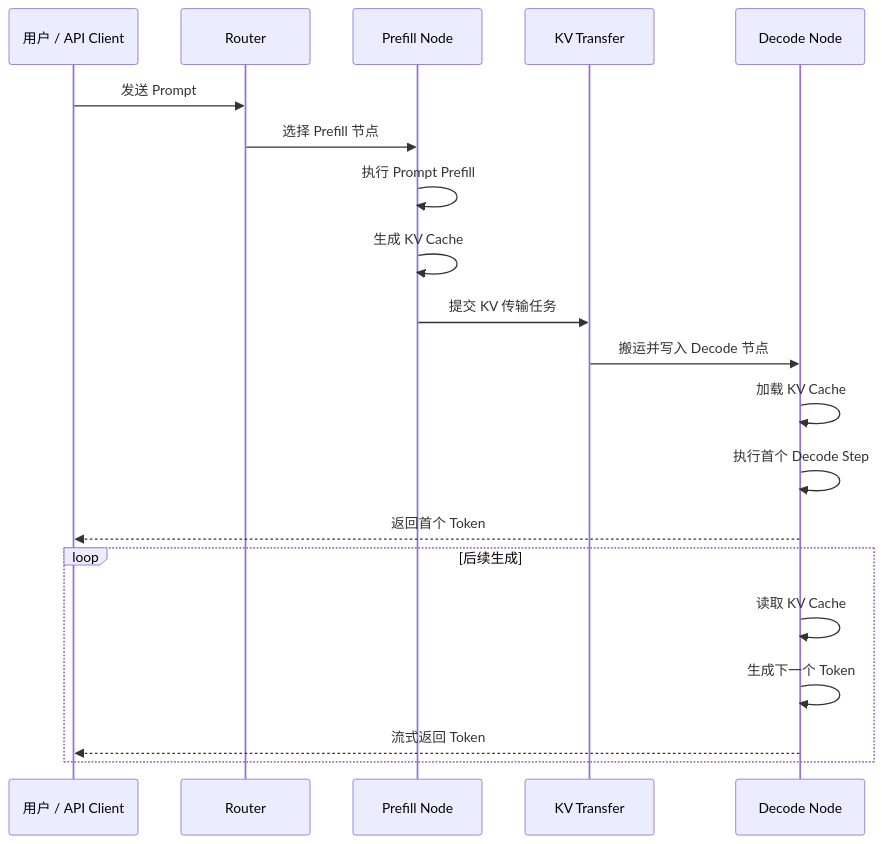
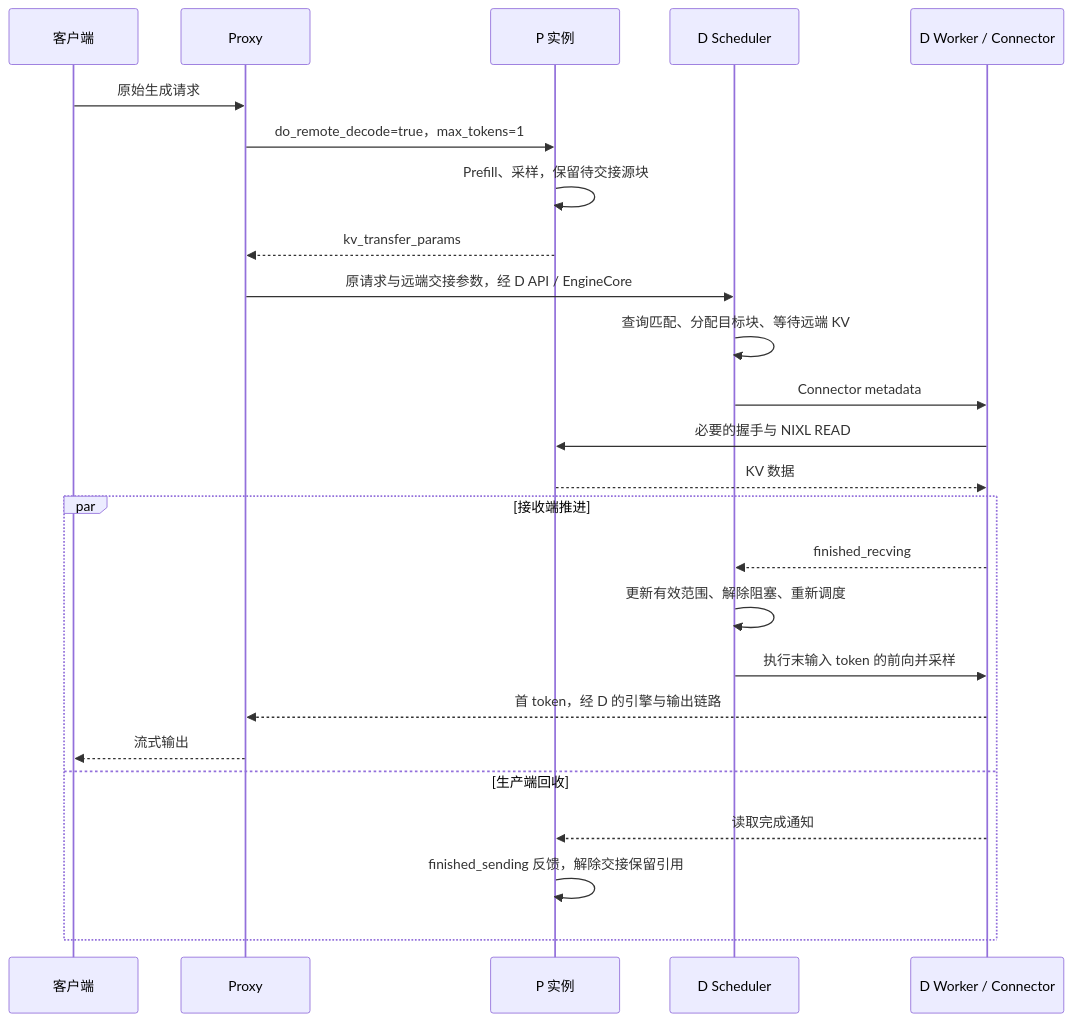
Before and after one commit to arganzheng/arganzheng.github.com: the fourth of 6 diagrams in _posts/2026-08-29-deep-dive-into-vllm-10-prefill-decode-disaggregation.md, drawn with Mermaid. The commit also changed other lines of this file, not shown here.

````diff
--- a/_posts/2026-08-29-deep-dive-into-vllm-10-prefill-decode-disaggregation.md
+++ b/_posts/2026-08-29-deep-dive-into-vllm-10-prefill-decode-disaggregation.md
@@ -234,24 +639,27 @@
 ```mermaid
 sequenceDiagram
-    participant U as 用户 / API Client
-    participant R as Router
-    participant P as Prefill Node
-    participant T as KV Transfer
-    participant D as Decode Node
-
-    U->>R: 发送 Prompt
-    R->>P: 选择 Prefill 节点
-    P->>P: 执行 Prompt Prefill
-    P->>P: 生成 KV Cache
-    P->>T: 提交 KV 传输任务
-    T->>D: 搬运并写入 Decode 节点
-    D->>D: 加载 KV Cache
-    D->>D: 执行首个 Decode Step
-    D-->>U: 返回首个 Token
-
-    loop 后续生成
-        D->>D: 读取 KV Cache
-        D->>D: 生成下一个 Token
-        D-->>U: 流式返回 Token
+    participant C as 客户端
+    participant R as Proxy
+    participant P as P 实例
+    participant DS as D Scheduler
+    participant DW as D Worker / Connector
+    C->>R: 原始生成请求
+    R->>P: do_remote_decode=true，max_tokens=1
+    P->>P: Prefill、采样，保留待交接源块
+    P-->>R: kv_transfer_params
+    R->>DS: 原请求与远端交接参数，经 D API / EngineCore
+    DS->>DS: 查询匹配、分配目标块、等待远端 KV
+    DS->>DW: Connector metadata
+    DW->>P: 必要的握手与 NIXL READ
+    P-->>DW: KV 数据
+    par 接收端推进
+        DW-->>DS: finished_recving
+        DS->>DS: 更新有效范围、解除阻塞、重新调度
+        DS->>DW: 执行末输入 token 的前向并采样
+        DW-->>R: 首 token，经 D 的引擎与输出链路
+        R-->>C: 流式输出
+    and 生产端回收
+        DW-->>P: 读取完成通知
+        P->>P: finished_sending 反馈，解除交接保留引用
     end
 ```
````
